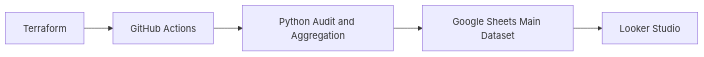
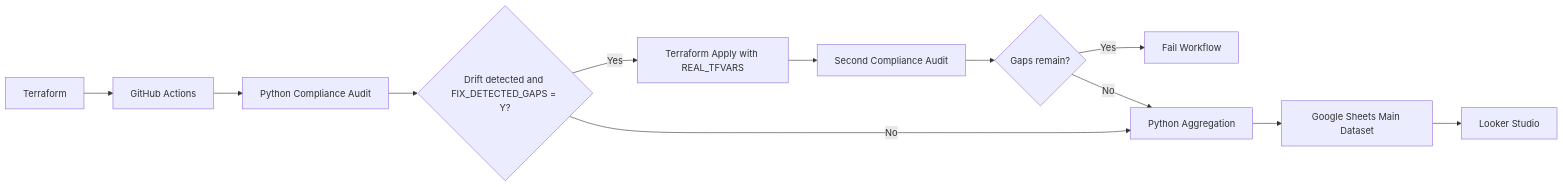
One commit to neibaur/cloudflare-iac-governance changed the diagram in README.md. Above: the diagram before and after it, drawn with Mermaid. The commit also changed other lines of this file, not shown here.

````diff
--- a/README.md
+++ b/README.md
@@ -6,7 +6,14 @@
 ```mermaid
 flowchart LR
     terraform[Terraform] --> actions[GitHub Actions]
-    actions --> python[Python Audit and Aggregation]
-    python --> sheets[Google Sheets Main Dataset]
+    actions --> audit[Python Compliance Audit]
+    audit --> decision{Drift detected and FIX_DETECTED_GAPS = Y?}
+    decision -- Yes --> apply[Terraform Apply with REAL_TFVARS]
+    apply --> reaudit[Second Compliance Audit]
+    reaudit --> verify{Gaps remain?}
+    verify -- Yes --> fail[Fail Workflow]
+    verify -- No --> aggregate[Python Aggregation]
+    decision -- No --> aggregate
+    aggregate --> sheets[Google Sheets Main Dataset]
     sheets --> looker[Looker Studio]
 ```
````
